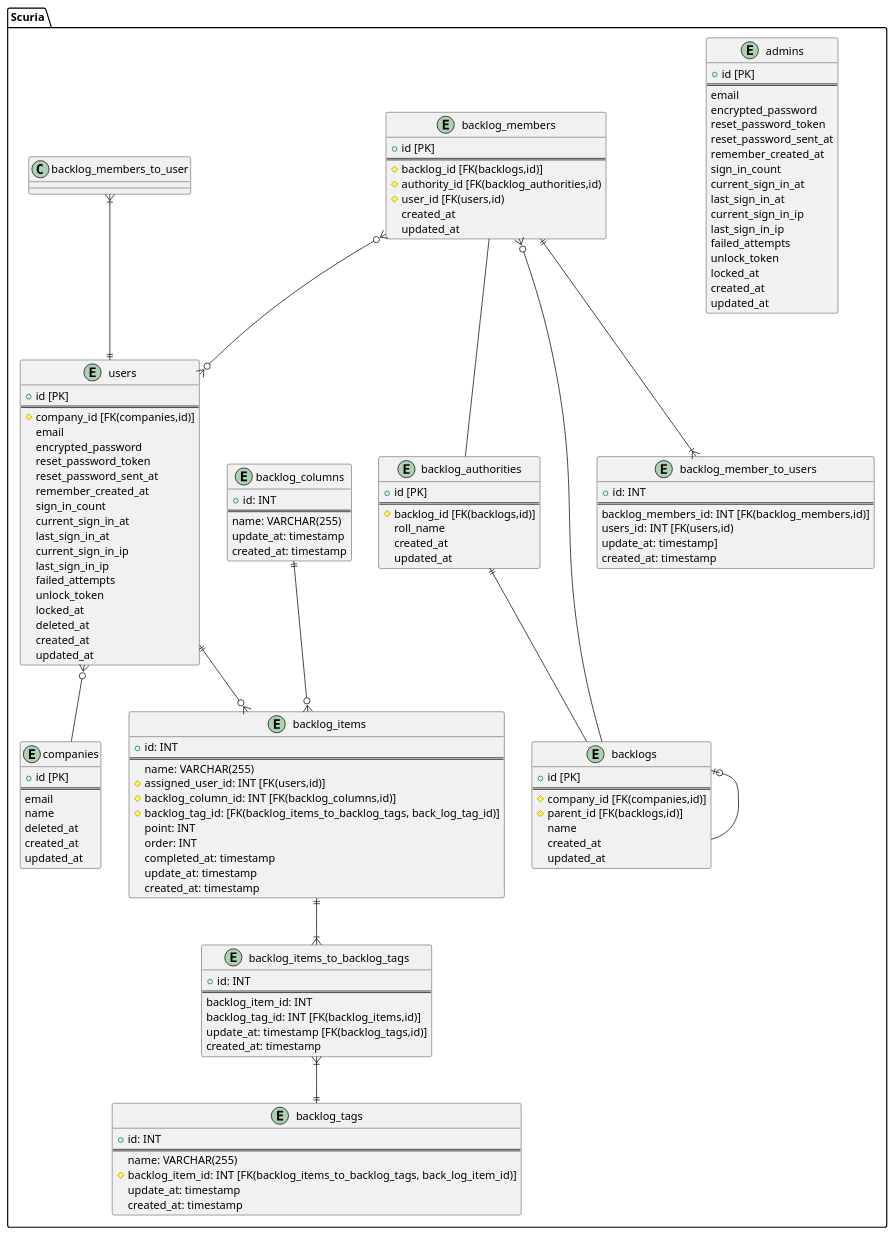
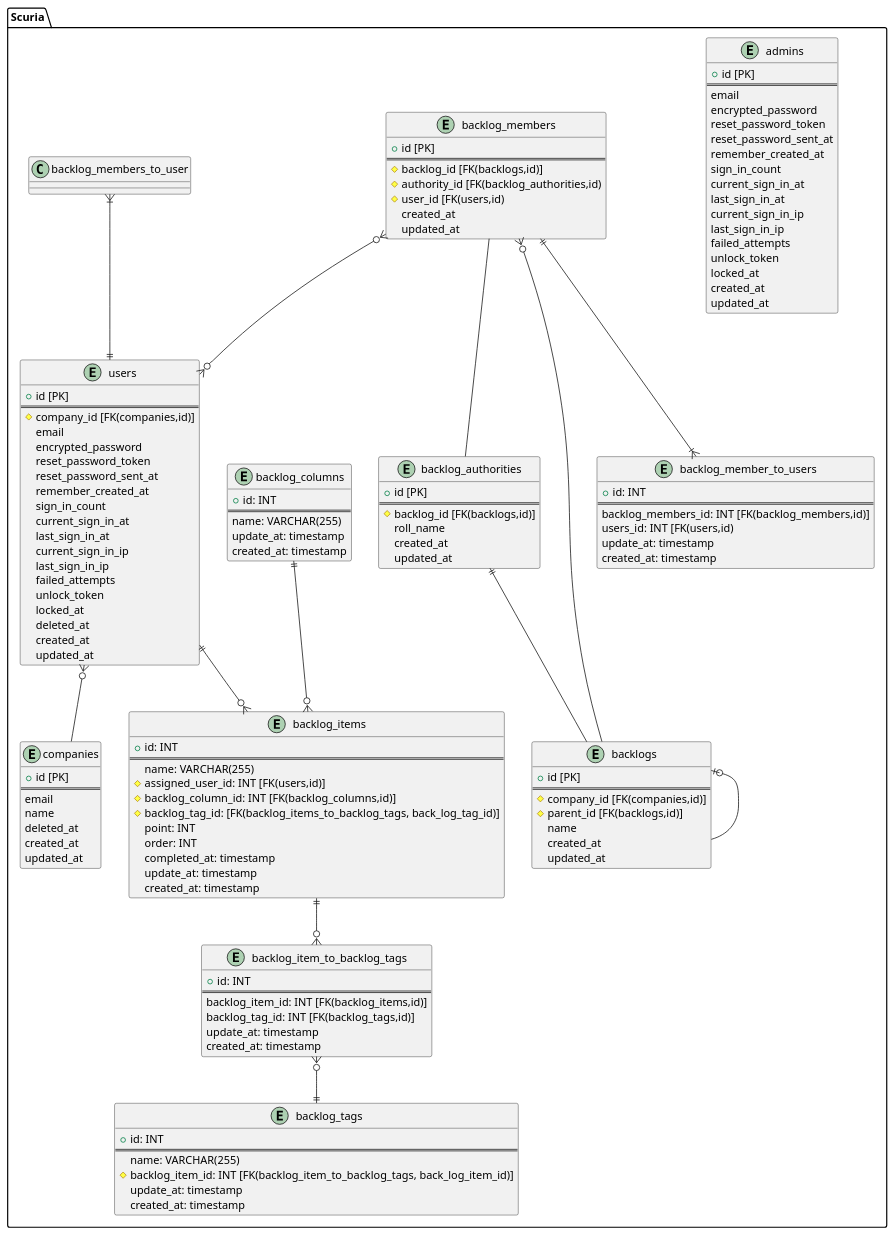
One commit to slill33/Scuria changed the diagram in docs/er.pu. Above: the diagram before and after it, drawn with PlantUML.

```diff
--- a/docs/er.pu
+++ b/docs/er.pu
@@ -1,160 +1,160 @@
 @startuml
 
 ' hide the spot
 ' hide circle
 
 ' avoid problems with angled crows feet
 ' skinparam linetype ortho
 
 
 package "Scuria" {
   entity "users" {
     + id [PK]
     ==
     # company_id [FK(companies,id)]
     email
     encrypted_password
     reset_password_token
     reset_password_sent_at
     remember_created_at
     sign_in_count
     current_sign_in_at
     last_sign_in_at
     current_sign_in_ip
     last_sign_in_ip
     failed_attempts
     unlock_token
     locked_at
     deleted_at
     created_at
     updated_at
   }
 
   entity "admins" {
     + id [PK]
     ==
     email
     encrypted_password
     reset_password_token
     reset_password_sent_at
     remember_created_at
     sign_in_count
     current_sign_in_at
     last_sign_in_at
     current_sign_in_ip
     last_sign_in_ip
     failed_attempts
     unlock_token
     locked_at
     created_at
     updated_at
   }
 
   entity "companies" {
     + id [PK]
     ==
     email
     name
     deleted_at
     created_at
     updated_at
   }
 
   entity "backlog_authorities" {
     + id [PK]
     ==
     # backlog_id [FK(backlogs,id)]
     roll_name
     created_at
     updated_at
   }
 
   entity "backlogs" {
     + id [PK]
     ==
     # company_id [FK(companies,id)]
     # parent_id [FK(backlogs,id)] 
     name
     created_at
     updated_at 
   }
 
   entity "backlog_members" {
     + id [PK]
     ==
     # backlog_id [FK(backlogs,id)]
     # authority_id [FK(backlog_authorities,id)
     # user_id [FK(users,id) 
     created_at
     updated_at
   }
 
   entity "backlog_columns" {
     +id: INT
     ==
     name: VARCHAR(255)
     update_at: timestamp
     created_at: timestamp
   }
-  
-  
+
+
   entity "backlog_items" {
     +id: INT
     ==
     name: VARCHAR(255)
     # assigned_user_id: INT [FK(users,id)]
     # backlog_column_id: INT [FK(backlog_columns,id)]
     # backlog_tag_id: [FK(backlog_items_to_backlog_tags, back_log_tag_id)]
     point: INT
     order: INT
     completed_at: timestamp
     update_at: timestamp
     created_at: timestamp
   }
-  
-  entity "backlog_items_to_backlog_tags" {
+
+  entity "backlog_item_to_backlog_tags" {
     +id: INT
     ==
-    backlog_item_id: INT
-    backlog_tag_id: INT [FK(backlog_items,id)]
-    update_at: timestamp [FK(backlog_tags,id)]
+    backlog_item_id: INT [FK(backlog_items,id)]
+    backlog_tag_id: INT [FK(backlog_tags,id)]
+    update_at: timestamp
     created_at: timestamp
   }
   entity "backlog_member_to_users" {
     +id: INT
     ==
     backlog_members_id: INT [FK(backlog_members,id)]
     users_id: INT [FK(users,id)
-    update_at: timestamp]
+    update_at: timestamp
     created_at: timestamp
   }
-  
+
   entity "backlog_tags" {
     +id: INT
     ==
     name: VARCHAR(255)
-    # backlog_item_id: INT [FK(backlog_items_to_backlog_tags, back_log_item_id)]
+    # backlog_item_id: INT [FK(backlog_item_to_backlog_tags, back_log_item_id)]
     update_at: timestamp
     created_at: timestamp
   }
 
 
   users }o-- companies
   backlog_authorities ||-- backlogs
   backlogs |o-- backlogs
   backlog_members }o-- backlogs
   backlog_members -- backlog_authorities
   backlog_members }o--o{ users
 
   users ||--o{ backlog_items
-  
+
   backlog_columns ||--o{ backlog_items
-  backlog_items ||--|{ backlog_items_to_backlog_tags
-  backlog_items_to_backlog_tags }|--||backlog_tags
+  backlog_items ||--o{ backlog_item_to_backlog_tags
+  backlog_item_to_backlog_tags }o--||backlog_tags
   backlog_members ||--|{ backlog_member_to_users
   backlog_members_to_user }|--||users
 
 }
 
 
 @enduml
```
